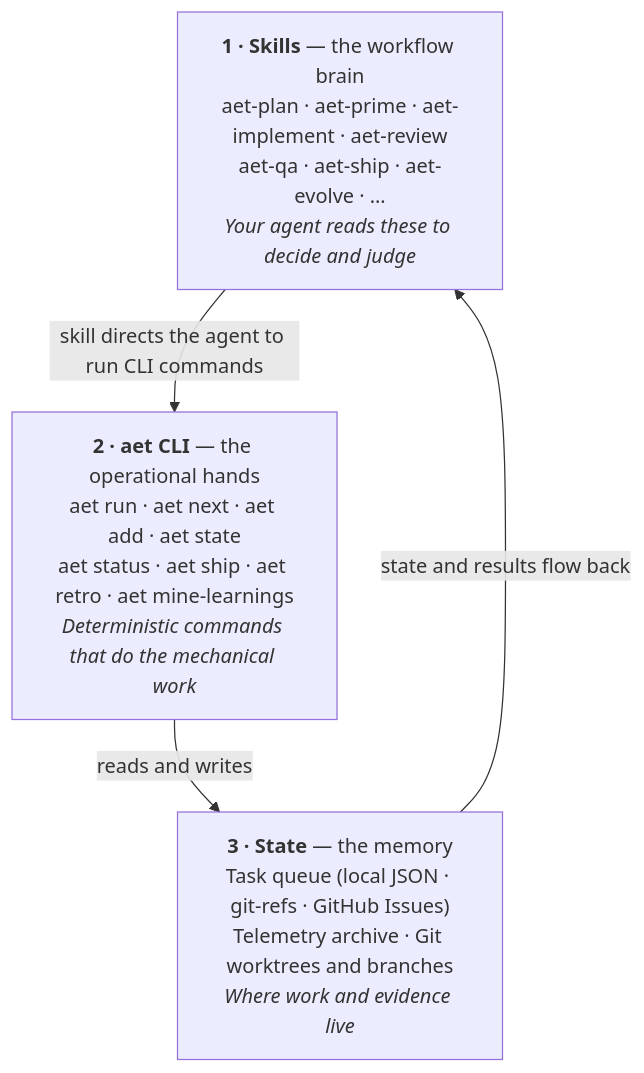
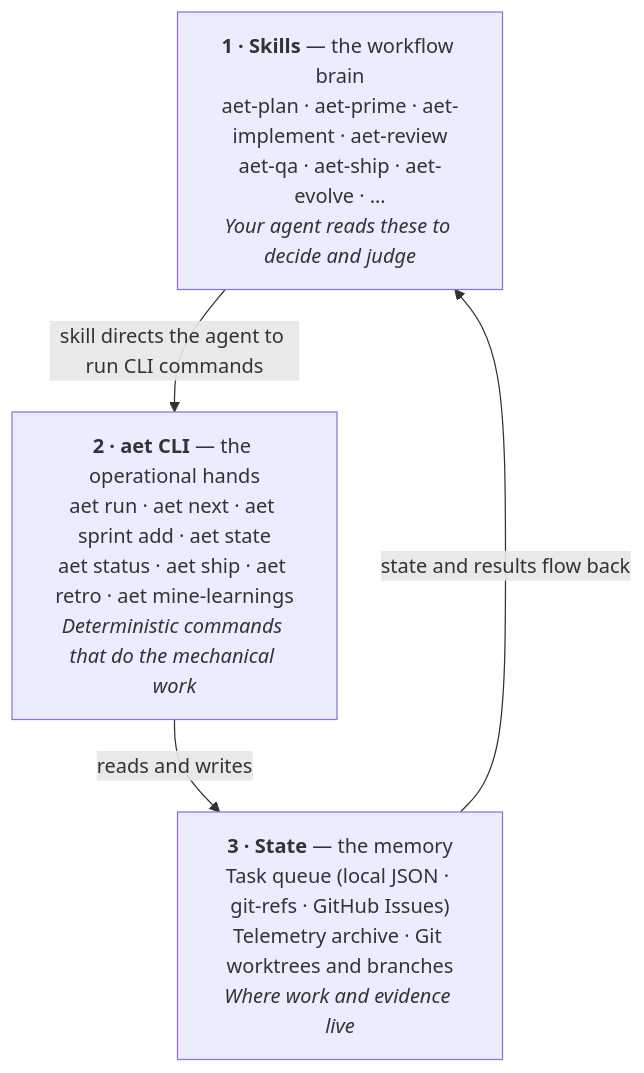
One commit to thebrightnest/ae-toolkit changed the diagram in README.md. Above: the diagram before and after it, drawn with Mermaid. The commit also changed 23 other files, not shown here.

Commit message:
feat(gib-06): noun-scoped command groups and aet sprint add

````diff
--- a/README.md
+++ b/README.md
@@ -40,10 +40,10 @@
 ```mermaid
 flowchart TB
     A["<b>1 · Skills</b> — the workflow brain<br/>aet-plan · aet-prime · aet-implement · aet-review<br/>aet-qa · aet-ship · aet-evolve · …<br/><i>Your agent reads these to decide and judge</i>"]
-    B["<b>2 · aet CLI</b> — the operational hands<br/>aet run · aet next · aet add · aet state<br/>aet status · aet ship · aet retro · aet mine-learnings<br/><i>Deterministic commands that do the mechanical work</i>"]
+    B["<b>2 · aet CLI</b> — the operational hands<br/>aet run · aet next · aet sprint add · aet state<br/>aet status · aet ship · aet retro · aet mine-learnings<br/><i>Deterministic commands that do the mechanical work</i>"]
     C["<b>3 · State</b> — the memory<br/>Task queue (local JSON · git-refs · GitHub Issues)<br/>Telemetry archive · Git worktrees and branches<br/><i>Where work and evidence live</i>"]
 
     A -->|"skill directs the agent to run CLI commands"| B
     B -->|"reads and writes"| C
     C -->|"state and results flow back"| A
 ```
````
